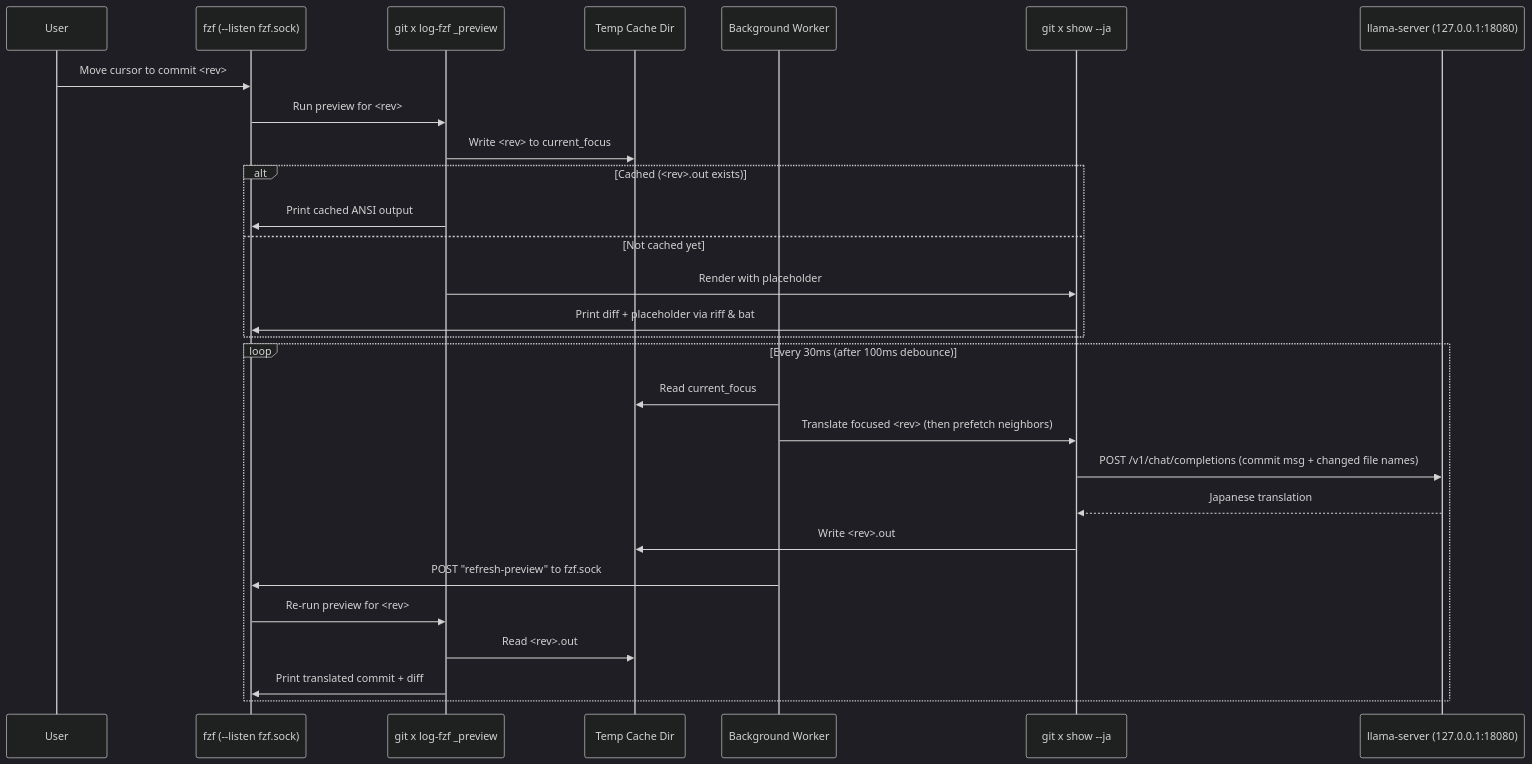
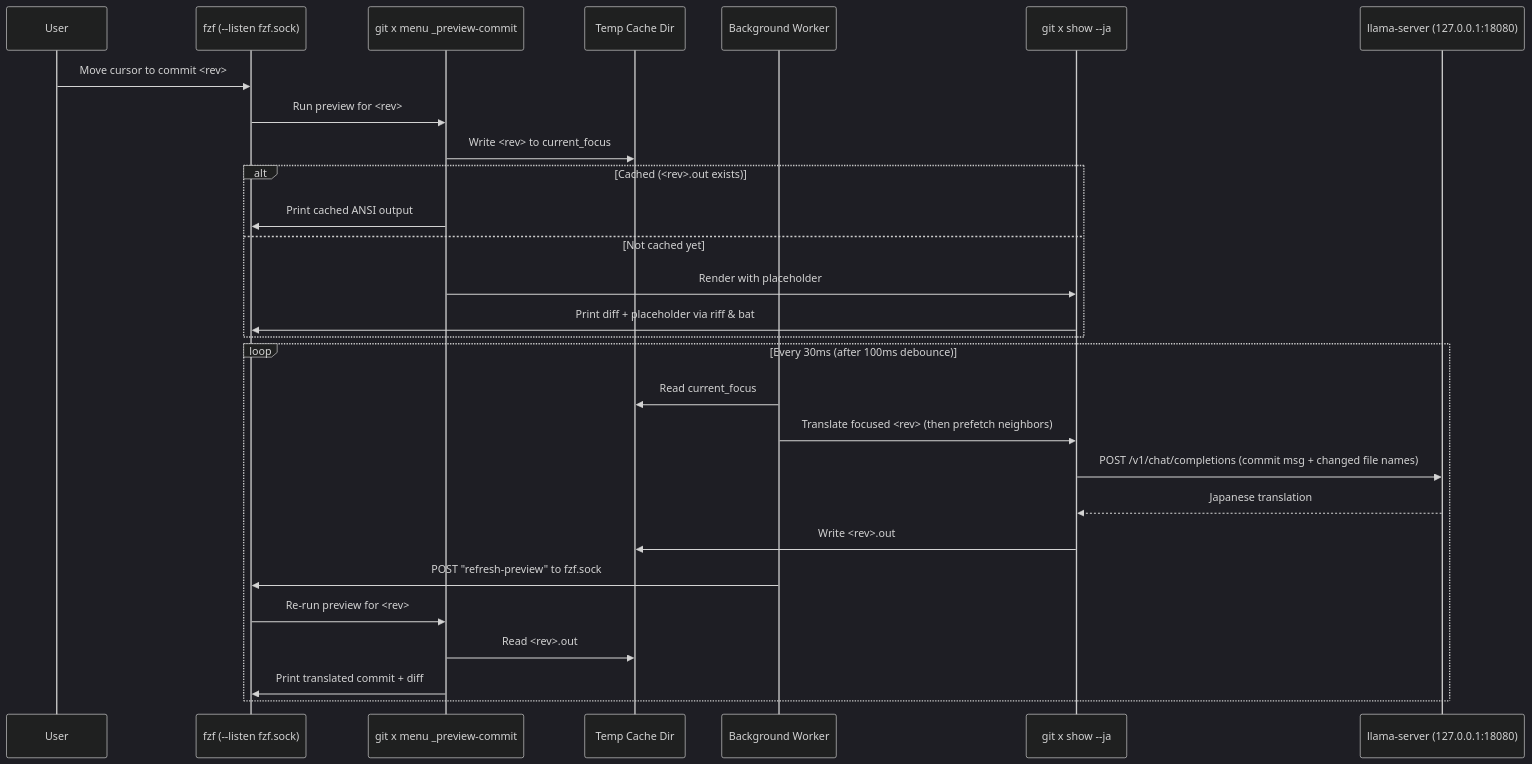
One commit to kachick/dotfiles changed the third of 3 diagrams in pkgs/by-name/gi/git-x/README.md. Above: the diagram before and after it, drawn with Mermaid (dark theme). The commit also changed other lines of this file and 18 other files, not shown here.

First line of the commit message:
Unify git-x TUI views into menu

````diff
--- a/pkgs/by-name/gi/git-x/README.md
+++ b/pkgs/by-name/gi/git-x/README.md
@@ -156,32 +141,32 @@
 ```mermaid
 sequenceDiagram
     participant User
     participant FZF as fzf (--listen fzf.sock)
-    participant Preview as git x log-fzf _preview
+    participant Preview as git x menu _preview-commit
     participant Cache as Temp Cache Dir
     participant Worker as Background Worker
     participant Show as git x show --ja
     participant Plamo as llama-server (127.0.0.1:18080)
 
     User->>FZF: Move cursor to commit <rev>
     FZF->>Preview: Run preview for <rev>
     Preview->>Cache: Write <rev> to current_focus
     alt Cached (<rev>.out exists)
         Preview->>FZF: Print cached ANSI output
     else Not cached yet
         Preview->>Show: Render with placeholder
         Show->>FZF: Print diff + placeholder via riff & bat
     end
 
     loop Every 30ms (after 100ms debounce)
         Worker->>Cache: Read current_focus
         Worker->>Show: Translate focused <rev> (then prefetch neighbors)
         Show->>Plamo: POST /v1/chat/completions (commit msg + changed file names)
         Plamo-->>Show: Japanese translation
         Show->>Cache: Write <rev>.out
         Worker->>FZF: POST "refresh-preview" to fzf.sock
         FZF->>Preview: Re-run preview for <rev>
         Preview->>Cache: Read <rev>.out
         Preview->>FZF: Print translated commit + diff
     end
 ```
````
